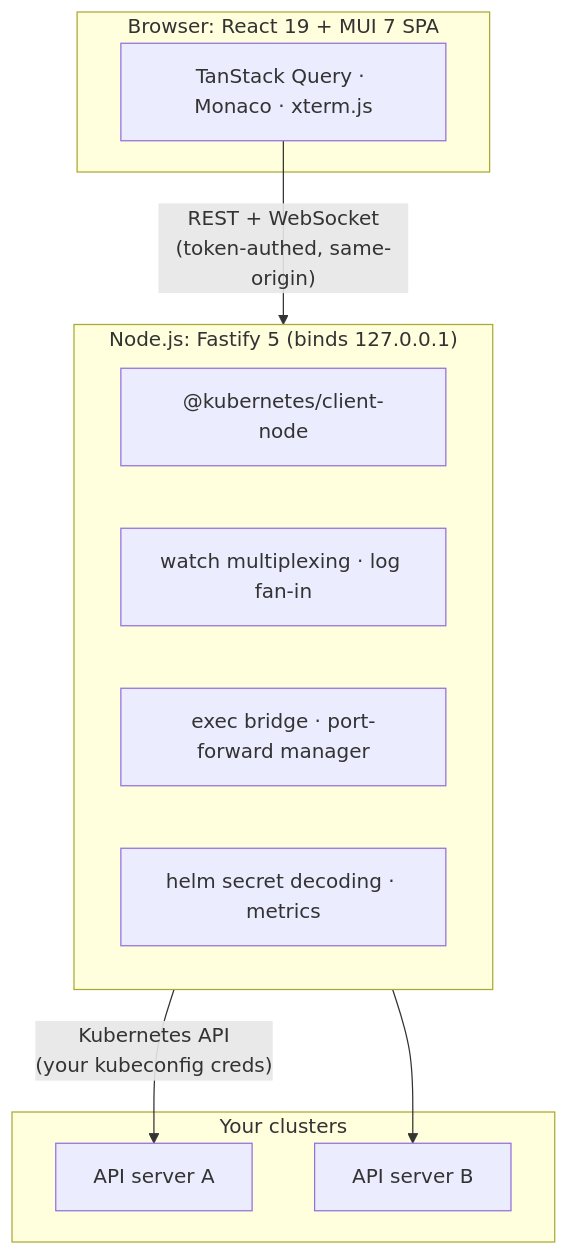
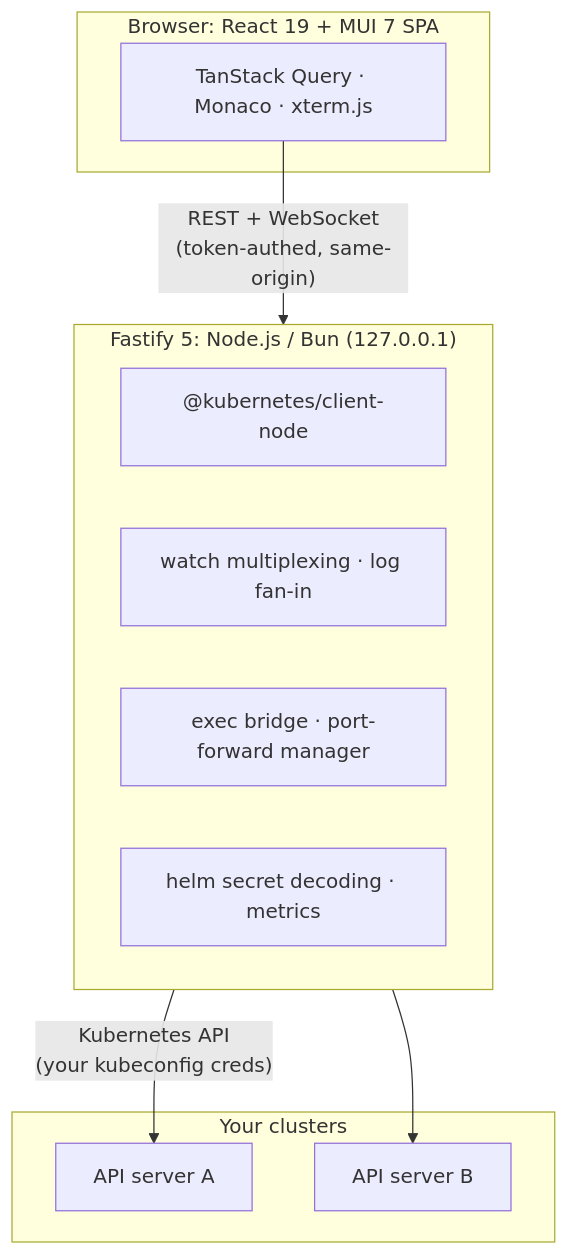
One commit to FloSch62/Kubus changed the diagram in docs/reference/architecture.md. Above: the diagram before and after it, drawn with Mermaid. The commit also changed other lines of this file and 138 other files, not shown here.

````diff
--- a/docs/reference/architecture.md
+++ b/docs/reference/architecture.md
@@ -11,19 +11,19 @@
 ```mermaid
 graph TD
   subgraph Browser["Browser: React 19 + MUI 7 SPA"]
     UI["TanStack Query · Monaco · xterm.js"]
   end
-  subgraph Server["Node.js: Fastify 5 (binds 127.0.0.1)"]
+  subgraph Server["Fastify 5: Node.js / Bun (127.0.0.1)"]
     K["@kubernetes/client-node"]
     W["watch multiplexing · log fan-in"]
     E["exec bridge · port-forward manager"]
     H["helm secret decoding · metrics"]
   end
   subgraph Clusters["Your clusters"]
     A["API server A"]
     B["API server B"]
   end
   UI -- "REST + WebSocket<br/>(token-authed, same-origin)" --> Server
   Server -- "Kubernetes API<br/>(your kubeconfig creds)" --> A
   Server --> B
 ```
````
